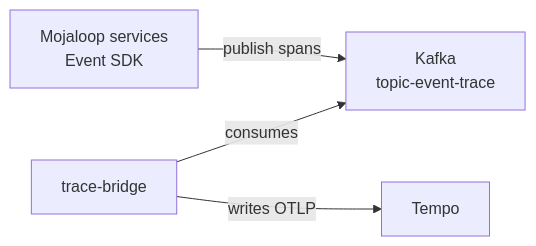
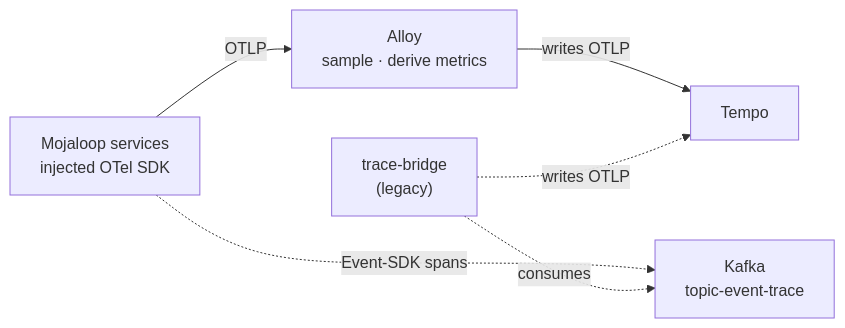
Before and after one commit to mojaloop/ml-deployment-toolkit: the diagram in doc/architecture/observability.md, drawn with Mermaid. The commit also changed other lines of this file and 4 other files, not shown here.

First line of the commit message:
docs(observability): document the native OTel trace path as primary

````diff
--- a/doc/architecture/observability.md
+++ b/doc/architecture/observability.md
@@ -48,11 +48,14 @@
 ```mermaid
 flowchart LR
-    ml["Mojaloop services<br/>Event SDK"]
+    ml["Mojaloop services<br/>injected OTel SDK"]
+    al["Alloy<br/>sample · derive metrics"]
     k["Kafka<br/>topic-event-trace"]
-    tb["trace-bridge"]
+    tb["trace-bridge<br/>(legacy)"]
     te["Tempo"]
 
-    ml -->|"publish spans"| k
-    tb -->|"consumes"| k
-    tb -->|"writes OTLP"| te
+    ml -->|"OTLP"| al
+    al -->|"writes OTLP"| te
+    ml -.->|"Event-SDK spans"| k
+    tb -.->|"consumes"| k
+    tb -.->|"writes OTLP"| te
 ```
````
